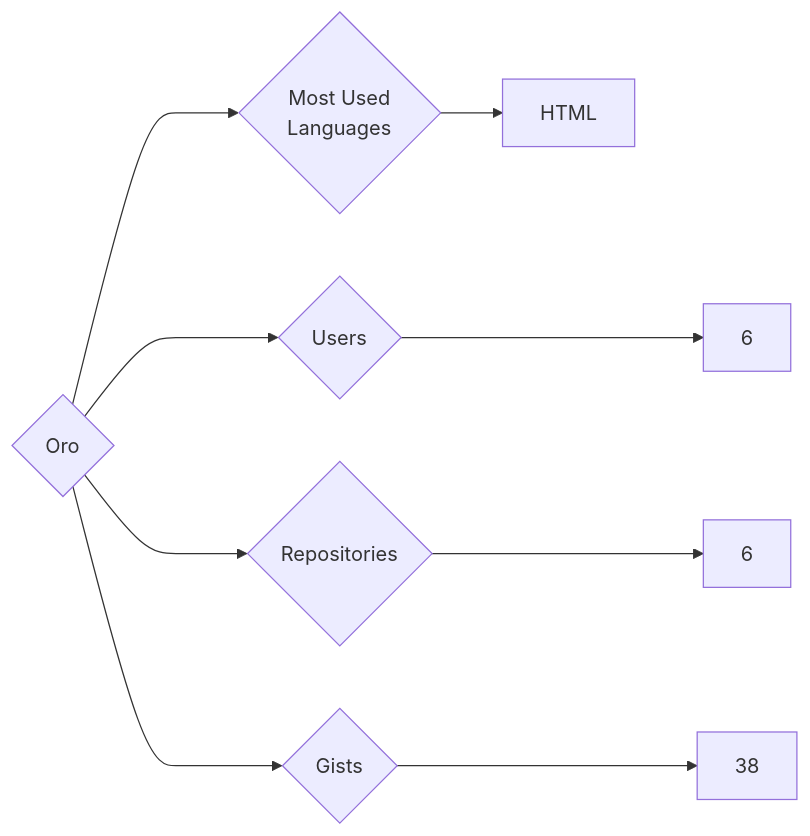
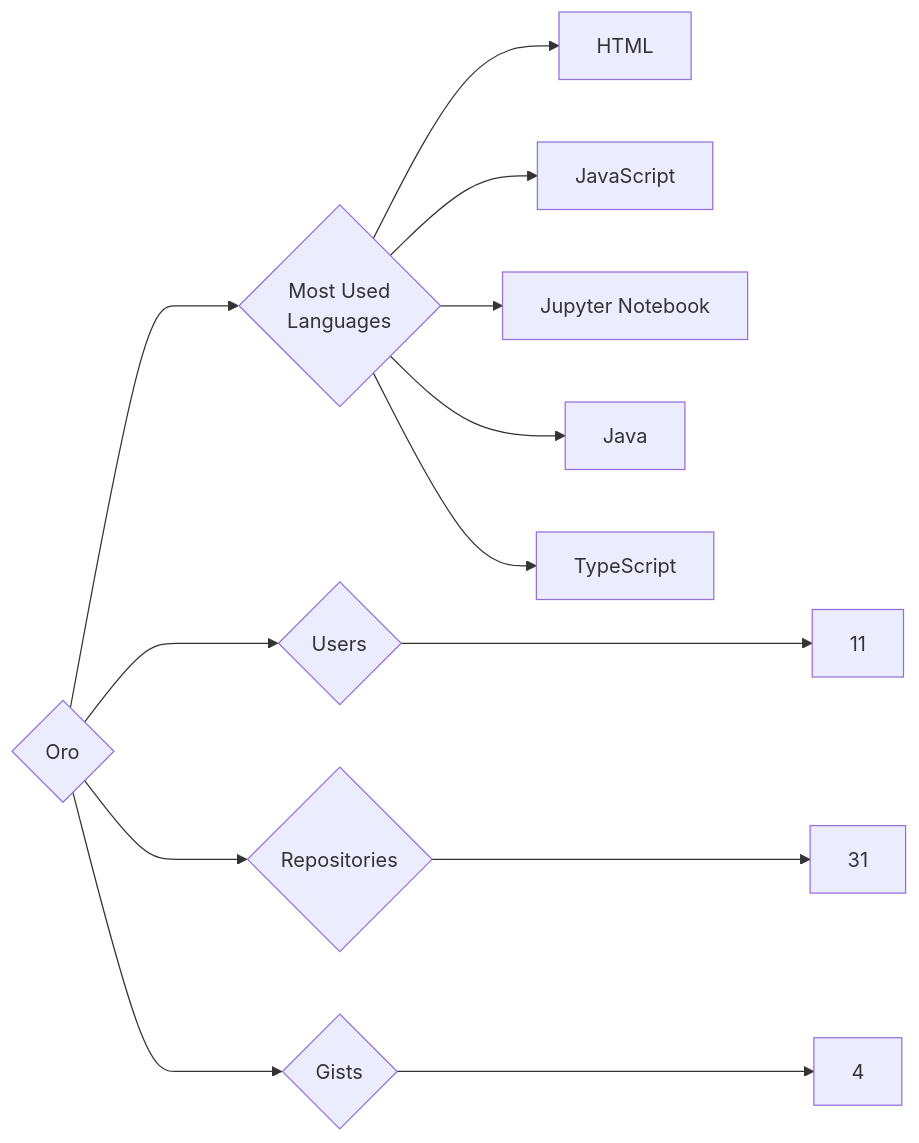
Before and after one commit to trickest/insiders: the diagram in targets/Oro/README.md, drawn with Mermaid. The commit also changed 953 other files, not shown here.

````diff
--- a/targets/Oro/README.md
+++ b/targets/Oro/README.md
@@ -3,9 +3,13 @@
 ```mermaid
 graph LR
 COMPANY_NAME{Oro}
-COMPANY_NAME ---> U{Users} ---> UN[6]
-COMPANY_NAME ---> R{Repositories} ---> RN[6]
-COMPANY_NAME ---> G{Gists} ---> GN[38]
+COMPANY_NAME ---> U{Users} ---> UN[11]
+COMPANY_NAME ---> R{Repositories} ---> RN[31]
+COMPANY_NAME ---> G{Gists} ---> GN[4]
 COMPANY_NAME ---> ML{Most Used<br>Languages}
 ML --> HTML[HTML]
+ML --> JavaScript[JavaScript]
+ML --> Jupyter_Notebook[Jupyter Notebook]
+ML --> Java[Java]
+ML --> TypeScript[TypeScript]
 ```
````
